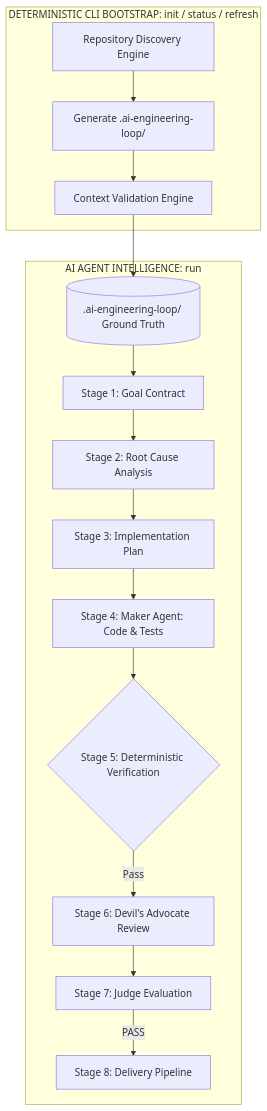
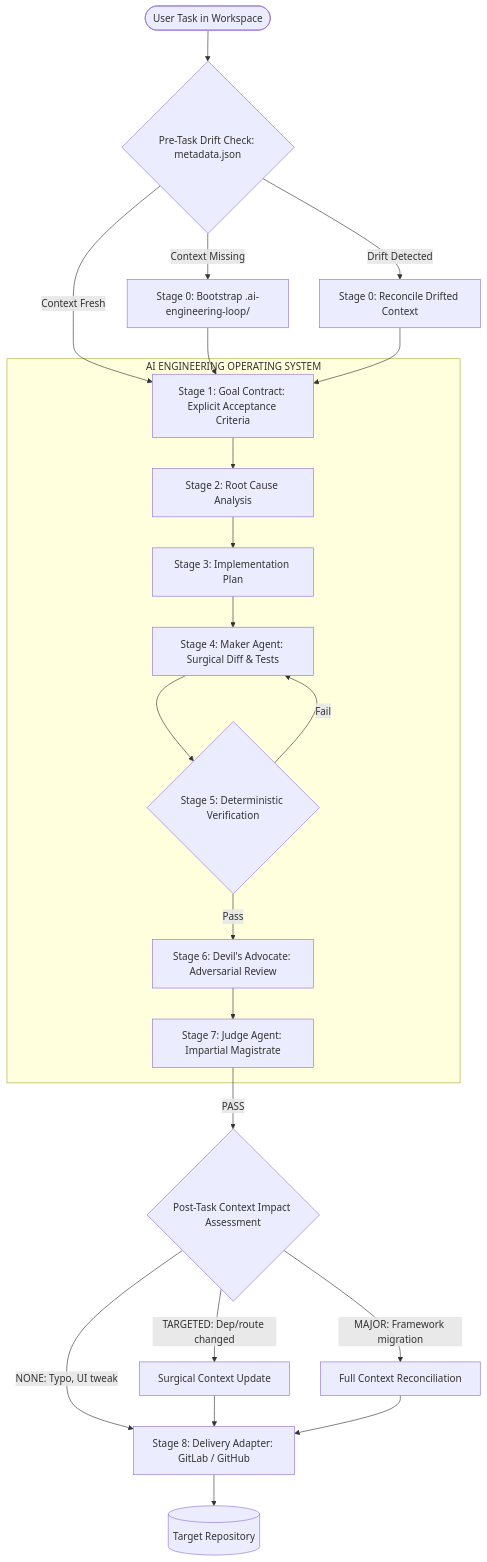
One commit to egagofur/ai-engineering-loop changed the diagram in README.md. Above: the diagram before and after it, drawn with Mermaid. The commit also changed other lines of this file and 4 other files, not shown here.

Commit message:
feat: add living context baseline (metadata.json) and post-task impact assessment

````diff
--- a/README.md
+++ b/README.md
@@ -27,20 +27,31 @@
 ```mermaid
 flowchart TD
-    subgraph CLI [DETERMINISTIC CLI BOOTSTRAP: init / status / refresh]
-        Discover[Repository Discovery Engine] --> ContextGen[Generate .ai-engineering-loop/]
-        ContextGen --> Validate[Context Validation Engine]
+    Start([User Task in Workspace]) --> PreCheck{Pre-Task Drift Check: metadata.json}
+    
+    PreCheck -->|Context Missing| AutoInit[Stage 0: Bootstrap .ai-engineering-loop/]
+    PreCheck -->|Drift Detected| Reconcile[Stage 0: Reconcile Drifted Context]
+    PreCheck -->|Context Fresh| GC[Stage 1: Goal Contract: Explicit Acceptance Criteria]
+    
+    AutoInit --> GC
+    Reconcile --> GC
+    
+    subgraph CoreEngine [AI ENGINEERING OPERATING SYSTEM]
+        GC --> RCA[Stage 2: Root Cause Analysis]
+        RCA --> Plan[Stage 3: Implementation Plan]
+        Plan --> MA[Stage 4: Maker Agent: Surgical Diff & Tests]
+        MA --> DV{Stage 5: Deterministic Verification}
+        
+        DV -->|Fail| MA
+        DV -->|Pass| DA[Stage 6: Devil's Advocate: Adversarial Review]
+        
+        DA --> JD[Stage 7: Judge Agent: Impartial Magistrate]
     end
-
-    Validate --> ContextDir[(.ai-engineering-loop/ Ground Truth)]
-
-    subgraph Agent [AI AGENT INTELLIGENCE: run]
-        ContextDir --> GoalContract[Stage 1: Goal Contract]
-        GoalContract --> RCA[Stage 2: Root Cause Analysis]
-        RCA --> Plan[Stage 3: Implementation Plan]
-        Plan --> Maker[Stage 4: Maker Agent: Code & Tests]
-        Maker --> Verify{Stage 5: Deterministic Verification}
-        Verify -->|Pass| DA[Stage 6: Devil's Advocate Review]
-        DA --> Judge[Stage 7: Judge Evaluation]
-        Judge -->|PASS| Adapter[Stage 8: Delivery Pipeline]
-    end
+    
+    JD -->|PASS| ImpactEval{Post-Task Context Impact Assessment}
+    
+    ImpactEval -->|NONE: Typo, UI tweak| Adapter[Stage 8: Delivery Adapter: GitLab / GitHub]
+    ImpactEval -->|TARGETED: Dep/route changed| PartialRefresh[Surgical Context Update] --> Adapter
+    ImpactEval -->|MAJOR: Framework migration| FullRefresh[Full Context Reconciliation] --> Adapter
+    
+    Adapter --> TargetRepo[(Target Repository)]
 ```
````
